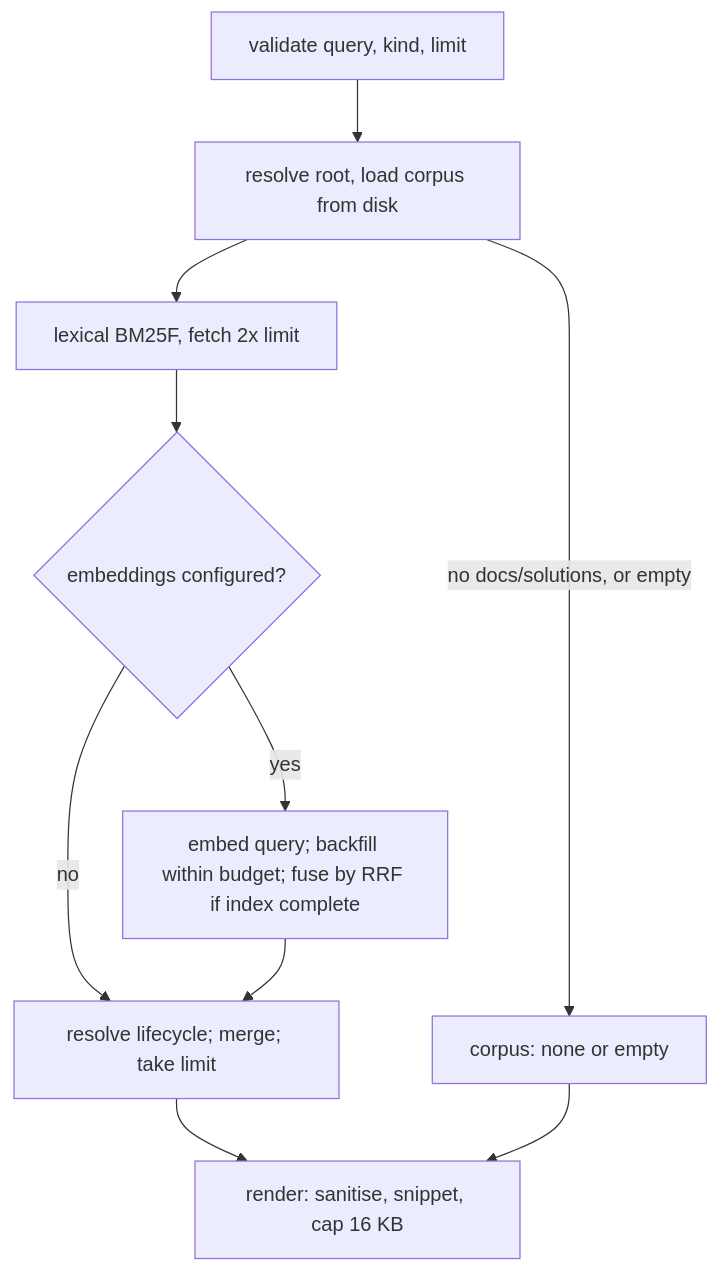
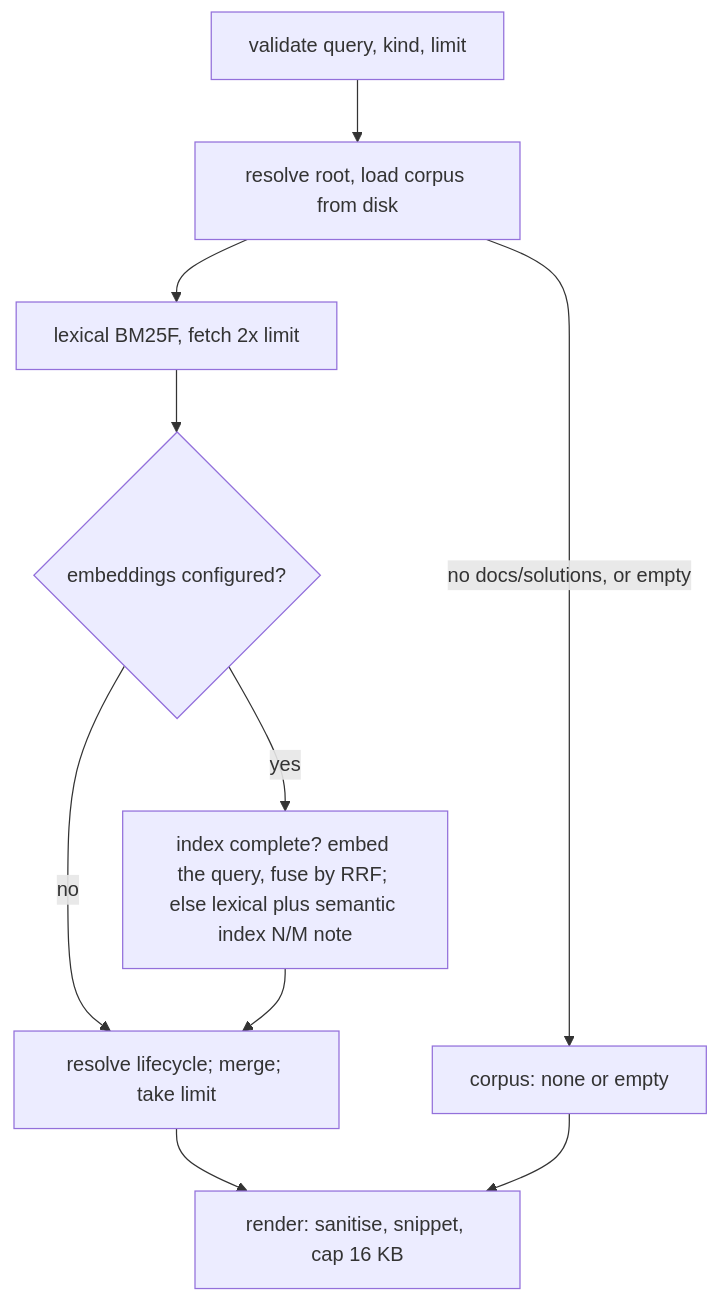
One commit to marcusrbrown/systematic changed the second of 2 diagrams in docs/plans/2026-10-29-001-feat-durable-output-search-plan.md. Above: the diagram before and after it, drawn with Mermaid. The commit also changed other lines of this file, not shown here.

````diff
--- a/docs/plans/2026-10-29-001-feat-durable-output-search-plan.md
+++ b/docs/plans/2026-10-29-001-feat-durable-output-search-plan.md
@@ -329,12 +338,12 @@
 ```mermaid
 flowchart TB
   A["validate query, kind, limit"] --> B["resolve root, load corpus from disk"]
   B -->|no docs/solutions, or empty| N["corpus: none or empty"]
   B --> C["lexical BM25F, fetch 2x limit"]
   C --> D{"embeddings configured?"}
   D -->|no| F
-  D -->|yes| E["embed query; backfill within budget; fuse by RRF if index complete"]
+  D -->|yes| E["index complete? embed the query, fuse by RRF; else lexical plus semantic index N/M note"]
   E --> F["resolve lifecycle; merge; take limit"]
   F --> G["render: sanitise, snippet, cap 16 KB"]
   N --> G
 ```
````
